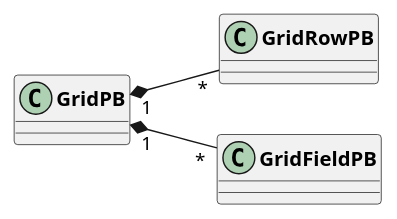
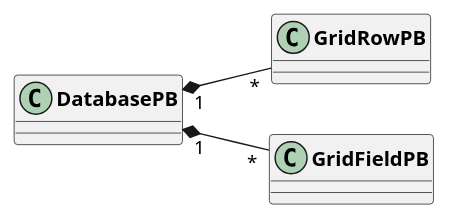
Before and after one commit to AppFlowy-IO/AppFlowy-Docs: the diagram in uml/dart_classes/grid.plantuml, drawn with PlantUML. The commit also changed 15 other files, not shown here.

```diff
--- a/uml/dart_classes/grid.plantuml
+++ b/uml/dart_classes/grid.plantuml
@@ -1,10 +1,10 @@
 @startuml
 skinparam classFontStyle Bold
 skinparam ActivityBackgroundColor Silver
 skinparam ActivityBorderColor DimGray
 left to right direction
 
-GridPB  "1" *-- "*" GridRowPB
-GridPB  "1" *-- "*" GridFieldPB
+DatabasePB  "1" *-- "*" GridRowPB
+DatabasePB  "1" *-- "*" GridFieldPB
 
 @enduml
```
